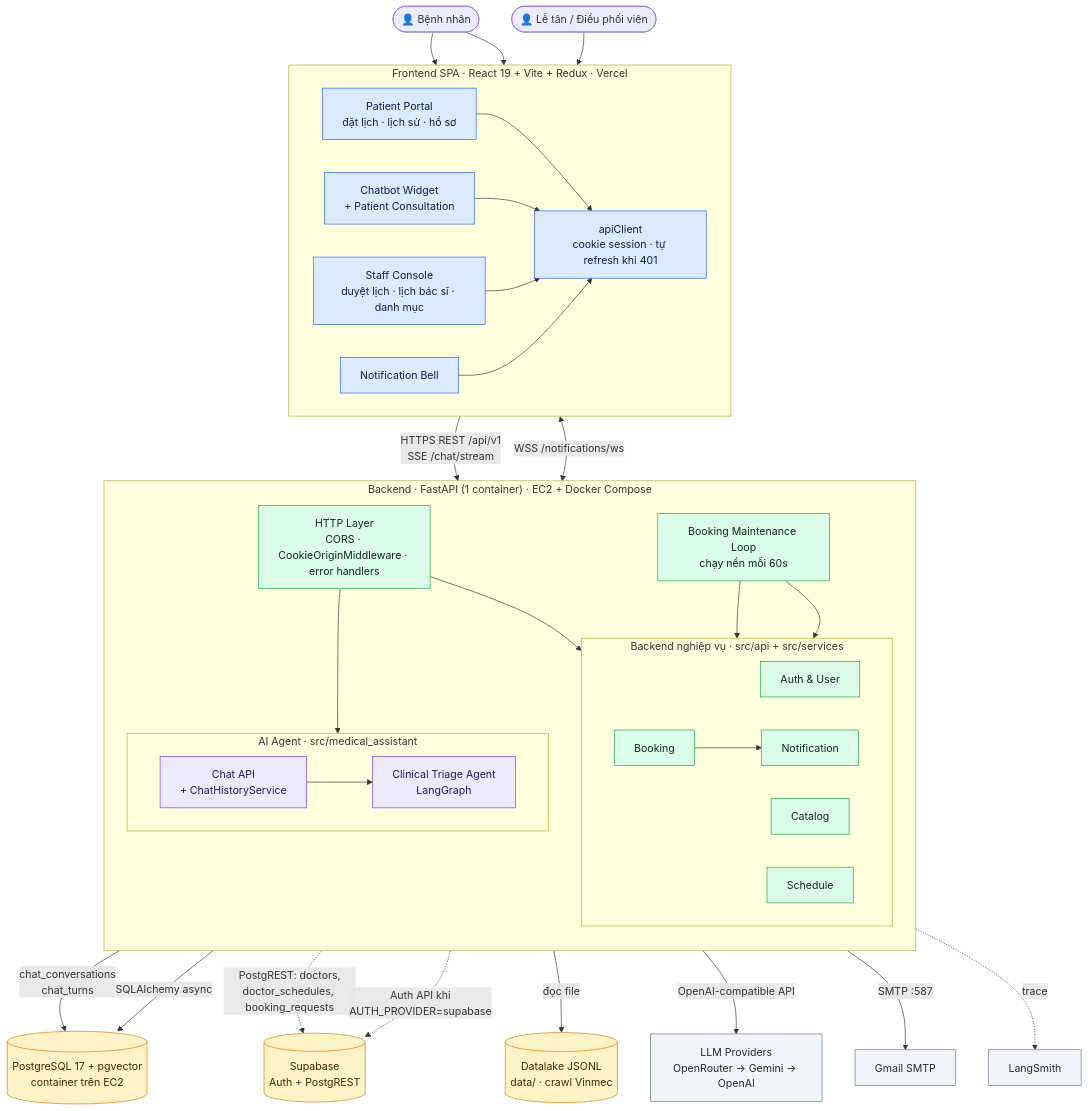
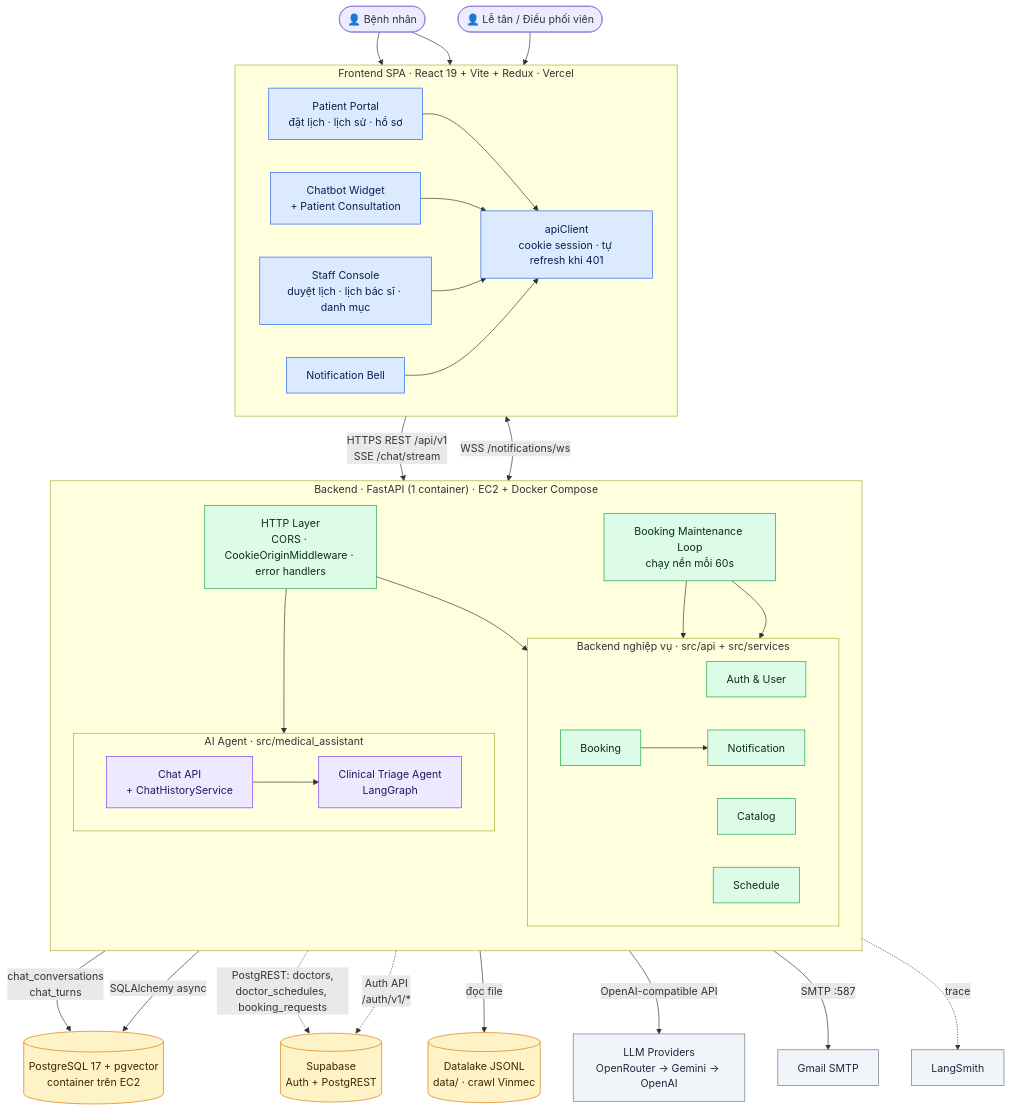
The first of 3 diagrams in docs/component_diagram.md (MaiVanTruong2310/T24-Build-Phase-AI-In-Action), drawn with Mermaid before and after one commit. The commit also changed other lines of this file and 34 other files, not shown here.

Commit message:
feat(auth): unify user identity on Supabase Auth and add admin setup script

````diff
--- a/docs/component_diagram.md
+++ b/docs/component_diagram.md
@@ -35,69 +35,69 @@
 ```mermaid
 flowchart TB
     PAT(["👤 Bệnh nhân"])
     STF(["👤 Lễ tân / Điều phối viên"])
 
     subgraph FE["Frontend SPA · React 19 + Vite + Redux · Vercel"]
         direction LR
         PUI["Patient Portal<br/>đặt lịch · lịch sử · hồ sơ"]
         CHW["Chatbot Widget<br/>+ Patient Consultation"]
         SUI["Staff Console<br/>duyệt lịch · lịch bác sĩ · danh mục"]
         NB["Notification Bell"]
         APIC["apiClient<br/>cookie session · tự refresh khi 401"]
     end
 
     subgraph BE["Backend · FastAPI (1 container) · EC2 + Docker Compose"]
         direction TB
         MW["HTTP Layer<br/>CORS · CookieOriginMiddleware · error handlers"]
         subgraph BIZ["Backend nghiệp vụ · src/api + src/services"]
             direction LR
             AUTHC["Auth & User"]
             CATC["Catalog"]
             SCHC["Schedule"]
             BKC["Booking"]
             NTC["Notification"]
         end
         subgraph AI["AI Agent · src/medical_assistant"]
             direction LR
             CHAT["Chat API<br/>+ ChatHistoryService"]
             AGT["Clinical Triage Agent<br/>LangGraph"]
         end
         JOB["Booking Maintenance Loop<br/>chạy nền mỗi 60s"]
     end
 
     PG[("PostgreSQL 17 + pgvector<br/>container trên EC2")]
     SB[("Supabase<br/>Auth + PostgREST")]
     DL[("Datalake JSONL<br/>data/ · crawl Vinmec")]
     LLM["LLM Providers<br/>OpenRouter → Gemini → OpenAI"]
     SMTP["Gmail SMTP"]
     LSM["LangSmith"]
 
     PAT --> PUI & CHW
     STF --> SUI
     PUI & CHW & SUI & NB --> APIC
     APIC -->|"HTTPS REST /api/v1<br/>SSE /chat/stream"| MW
     NB <-->|"WSS /notifications/ws"| NTC
     MW --> BIZ & CHAT
     CHAT --> AGT
     BKC --> NTC
     JOB --> BKC & NTC
     BIZ -->|"SQLAlchemy async"| PG
     CHAT -->|"chat_conversations<br/>chat_turns"| PG
     AGT -.->|"PostgREST: doctors,<br/>doctor_schedules, booking_requests"| SB
-    AUTHC -.->|"Auth API khi<br/>AUTH_PROVIDER=supabase"| SB
+    AUTHC -.->|"Auth API<br/>/auth/v1/*"| SB
     AGT -->|"đọc file"| DL
     AGT -->|"OpenAI-compatible API"| LLM
     NTC -->|"SMTP :587"| SMTP
     AGT -.->|"trace"| LSM
 
     classDef fe fill:#dbeafe,stroke:#2563eb,color:#0b1f4d
     classDef be fill:#dcfce7,stroke:#16a34a,color:#0a2e16
     classDef ai fill:#ede9fe,stroke:#7c3aed,color:#2a1260
     classDef store fill:#fef3c7,stroke:#d97706,color:#3d2600
     classDef ext fill:#f1f5f9,stroke:#64748b,color:#1e293b
     class PUI,CHW,SUI,NB,APIC fe
     class MW,AUTHC,CATC,SCHC,BKC,NTC,JOB be
     class CHAT,AGT ai
     class PG,SB,DL store
     class LLM,SMTP,LSM ext
 ```
````
